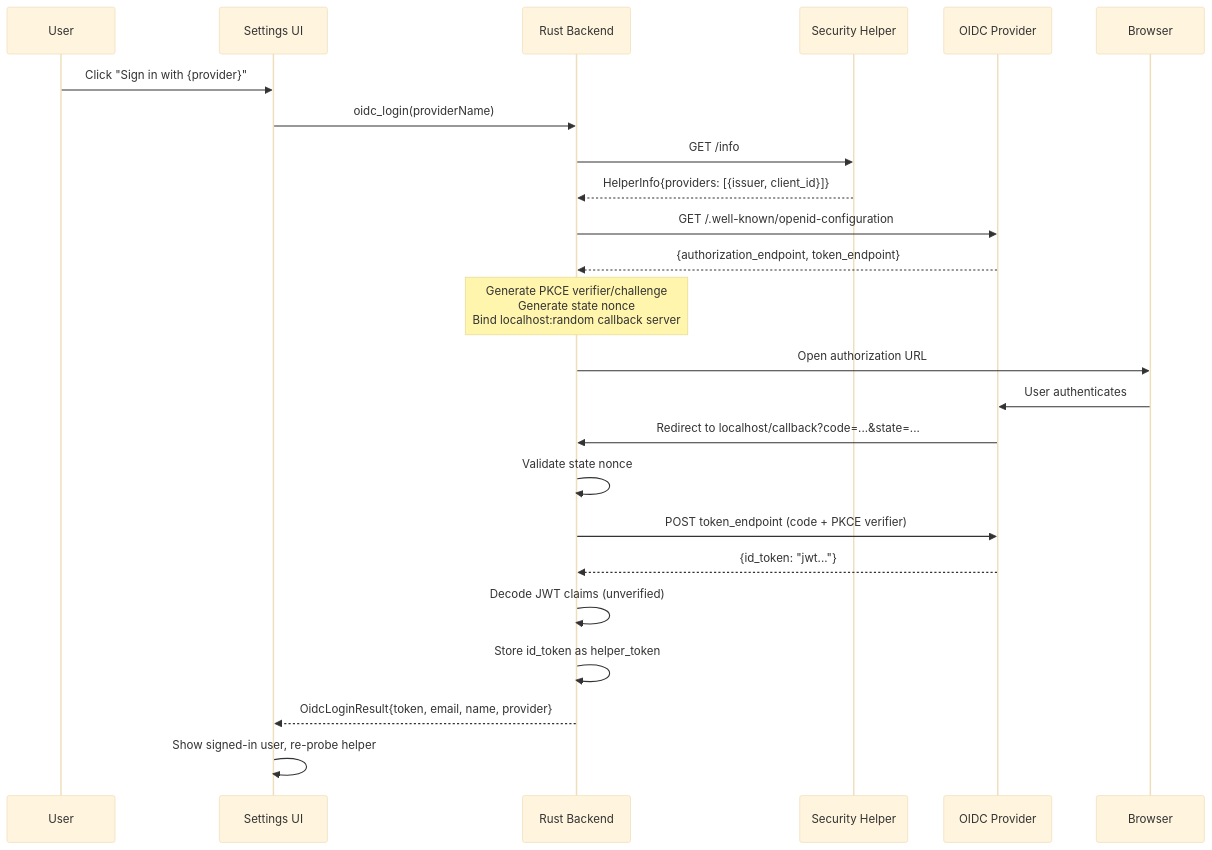
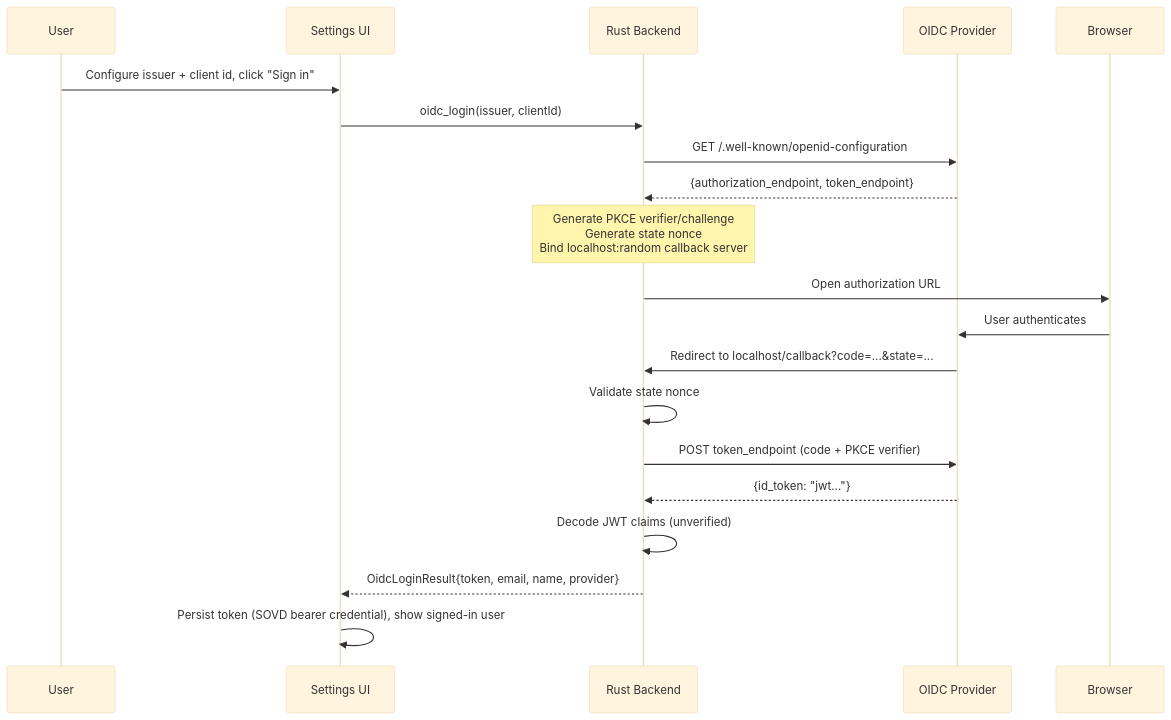
Before and after one commit to sdv-playground/SOVD-explorer: the seventh of 7 diagrams in ARCHITECTURE.md, drawn with Mermaid (base theme). The commit also changed other lines of this file and 4 other files, not shown here.

First line of the commit message:
retire the security-helper unlock flow (server-side unlock + JWT)

````diff
--- a/ARCHITECTURE.md
+++ b/ARCHITECTURE.md
@@ -304,33 +289,29 @@
 ```mermaid
 sequenceDiagram
     participant User
     participant App as Settings UI
     participant BE as Rust Backend
-    participant Helper as Security Helper
     participant IdP as OIDC Provider
     participant Browser
 
-    User->>App: Click "Sign in with {provider}"
-    App->>BE: oidc_login(providerName)
-    BE->>Helper: GET /info
-    Helper-->>BE: HelperInfo{providers: [{issuer, client_id}]}
+    User->>App: Configure issuer + client id, click "Sign in"
+    App->>BE: oidc_login(issuer, clientId)
 
     BE->>IdP: GET /.well-known/openid-configuration
     IdP-->>BE: {authorization_endpoint, token_endpoint}
 
     Note over BE: Generate PKCE verifier/challenge<br/>Generate state nonce<br/>Bind localhost:random callback server
 
     BE->>Browser: Open authorization URL
     Browser->>IdP: User authenticates
     IdP->>BE: Redirect to localhost/callback?code=...&state=...
 
     BE->>BE: Validate state nonce
     BE->>IdP: POST token_endpoint (code + PKCE verifier)
     IdP-->>BE: {id_token: "jwt..."}
 
     BE->>BE: Decode JWT claims (unverified)
-    BE->>BE: Store id_token as helper_token
 
     BE-->>App: OidcLoginResult{token, email, name, provider}
-    App->>App: Show signed-in user, re-probe helper
+    App->>App: Persist token (SOVD bearer credential), show signed-in user
 ```
````
